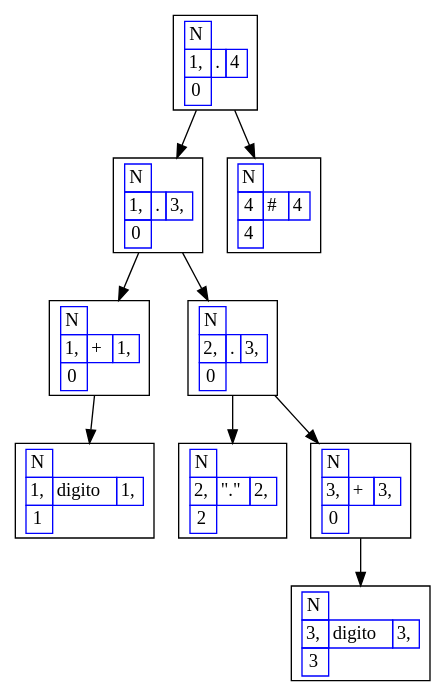
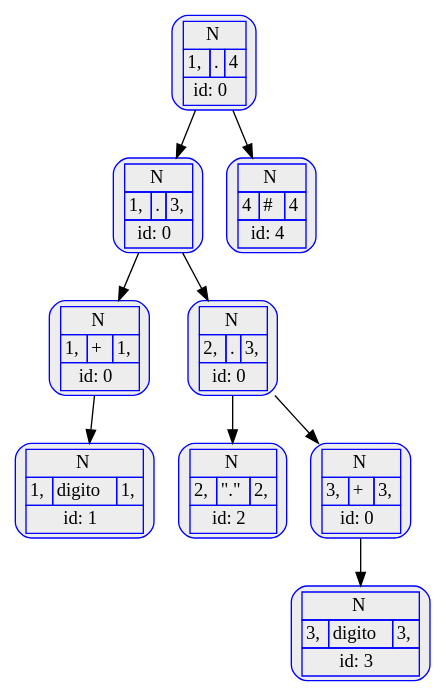
One commit to Desconocido502/OLC1-proyecto1-201902502 changed the diagram in src/ARBOLES_201902502/decimales.dot. Above: the diagram before and after it, drawn with Graphviz. The commit also changed 77 other files, not shown here.

```diff
--- a/src/ARBOLES_201902502/decimales.dot
+++ b/src/ARBOLES_201902502/decimales.dot
@@ -1,77 +1,77 @@
 digraph G{
 rankdir=UD
-node[shape=box]
+node[shape=box, color=black, style=filled, fillcolor=gray93record, color=blue ,style="rounded,filled", fillcolor=gray93];
 concentrate=true
 nodo18 [ label =< 
 <table border='0' cellborder='1' color='blue' cellspacing='0'>
-<tr><td>N</td></tr>
+<tr><td colspan="3">N</td></tr>
 <tr><td>1,</td><td>.</td><td>4</td></tr>
-<tr><td>0</td></tr> 
+<tr><td colspan="3">id: 0</td></tr> 
 </table>
 >];
 nodo16 [ label =< 
 <table border='0' cellborder='1' color='blue' cellspacing='0'>
-<tr><td>N</td></tr>
+<tr><td colspan="3">N</td></tr>
 <tr><td>1,</td><td>.</td><td>3,</td></tr>
-<tr><td>0</td></tr> 
+<tr><td colspan="3">id: 0</td></tr> 
 </table>
 >];
 nodo11 [ label =< 
 <table border='0' cellborder='1' color='blue' cellspacing='0'>
-<tr><td>N</td></tr>
+<tr><td colspan="3">N</td></tr>
 <tr><td>1,</td><td>+</td><td>1,</td></tr>
-<tr><td>0</td></tr> 
+<tr><td colspan="3">id: 0</td></tr> 
 </table>
 >];
 nodo10 [ label =< 
 <table border='0' cellborder='1' color='blue' cellspacing='0'>
-<tr><td>N</td></tr>
+<tr><td colspan="3">N</td></tr>
 <tr><td>1,</td><td>digito</td><td>1,</td></tr>
-<tr><td>1</td></tr> 
+<tr><td colspan="3">id: 1</td></tr> 
 </table>
 >];
 nodo11->nodo10
 nodo16->nodo11
 nodo15 [ label =< 
 <table border='0' cellborder='1' color='blue' cellspacing='0'>
-<tr><td>N</td></tr>
+<tr><td colspan="3">N</td></tr>
 <tr><td>2,</td><td>.</td><td>3,</td></tr>
-<tr><td>0</td></tr> 
+<tr><td colspan="3">id: 0</td></tr> 
 </table>
 >];
 nodo12 [ label =< 
 <table border='0' cellborder='1' color='blue' cellspacing='0'>
-<tr><td>N</td></tr>
+<tr><td colspan="3">N</td></tr>
 <tr><td>2,</td><td>"."</td><td>2,</td></tr>
-<tr><td>2</td></tr> 
+<tr><td colspan="3">id: 2</td></tr> 
 </table>
 >];
 nodo15->nodo12
 nodo14 [ label =< 
 <table border='0' cellborder='1' color='blue' cellspacing='0'>
-<tr><td>N</td></tr>
+<tr><td colspan="3">N</td></tr>
 <tr><td>3,</td><td>+</td><td>3,</td></tr>
-<tr><td>0</td></tr> 
+<tr><td colspan="3">id: 0</td></tr> 
 </table>
 >];
 nodo13 [ label =< 
 <table border='0' cellborder='1' color='blue' cellspacing='0'>
-<tr><td>N</td></tr>
+<tr><td colspan="3">N</td></tr>
 <tr><td>3,</td><td>digito</td><td>3,</td></tr>
-<tr><td>3</td></tr> 
+<tr><td colspan="3">id: 3</td></tr> 
 </table>
 >];
 nodo14->nodo13
 nodo15->nodo14
 nodo16->nodo15
 nodo18->nodo16
 nodo17 [ label =< 
 <table border='0' cellborder='1' color='blue' cellspacing='0'>
-<tr><td>N</td></tr>
+<tr><td colspan="3">N</td></tr>
 <tr><td>4</td><td>#</td><td>4</td></tr>
-<tr><td>4</td></tr> 
+<tr><td colspan="3">id: 4</td></tr> 
 </table>
 >];
 nodo18->nodo17
 
 }
```
